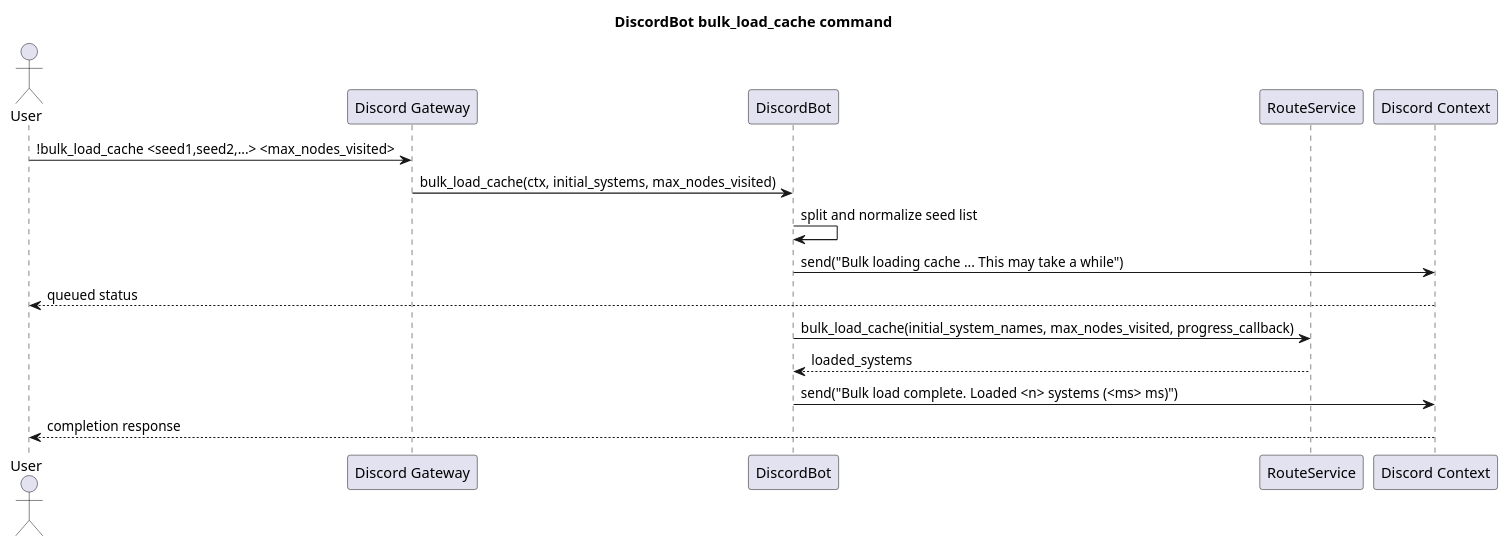
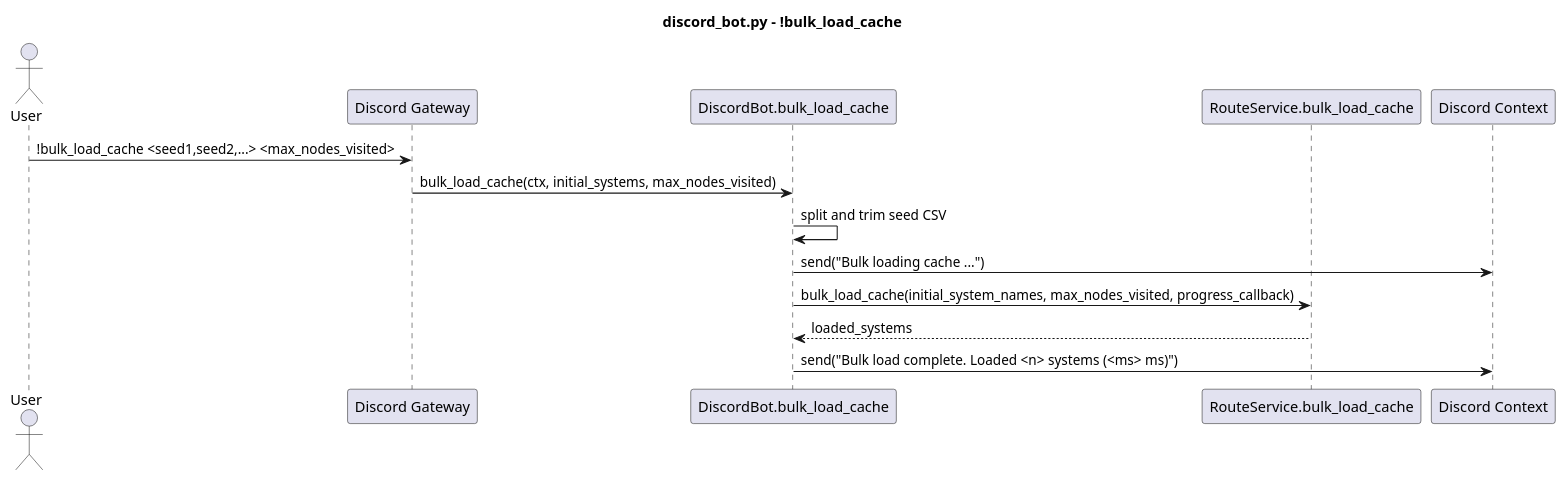
One commit to fazleskhan/elite_dangerous_discord_tools changed the seventh of 7 diagrams in docs/discord_bot_sequences.puml. Above: the diagram before and after it, drawn with PlantUML. The commit also changed other lines of this file and 23 other files, not shown here.

Commit message:
updated README.md and diagrams

```diff
--- a/docs/discord_bot_sequences.puml
+++ b/docs/discord_bot_sequences.puml
@@ -125,19 +119,17 @@
 @startuml discord_bot_bulk_load_cache
-title DiscordBot bulk_load_cache command
+title discord_bot.py - !bulk_load_cache
+
 actor User
-participant "Discord Gateway" as Discord
-participant "DiscordBot" as Bot
-participant "RouteService" as Route
+participant "Discord Gateway" as Gateway
+participant "DiscordBot.bulk_load_cache" as Bot
+participant "RouteService.bulk_load_cache" as Route
 participant "Discord Context" as Ctx
 
-User -> Discord : !bulk_load_cache <seed1,seed2,...> <max_nodes_visited>
-Discord -> Bot : bulk_load_cache(ctx, initial_systems, max_nodes_visited)
-Bot -> Bot : split and normalize seed list
-Bot -> Ctx : send("Bulk loading cache ... This may take a while")
-Ctx --> User : queued status
-
+User -> Gateway : !bulk_load_cache <seed1,seed2,...> <max_nodes_visited>
+Gateway -> Bot : bulk_load_cache(ctx, initial_systems, max_nodes_visited)
+Bot -> Bot : split and trim seed CSV
+Bot -> Ctx : send("Bulk loading cache ...")
 Bot -> Route : bulk_load_cache(initial_system_names, max_nodes_visited, progress_callback)
 Route --> Bot : loaded_systems
 Bot -> Ctx : send("Bulk load complete. Loaded <n> systems (<ms> ms)")
-Ctx --> User : completion response
 @enduml
```
